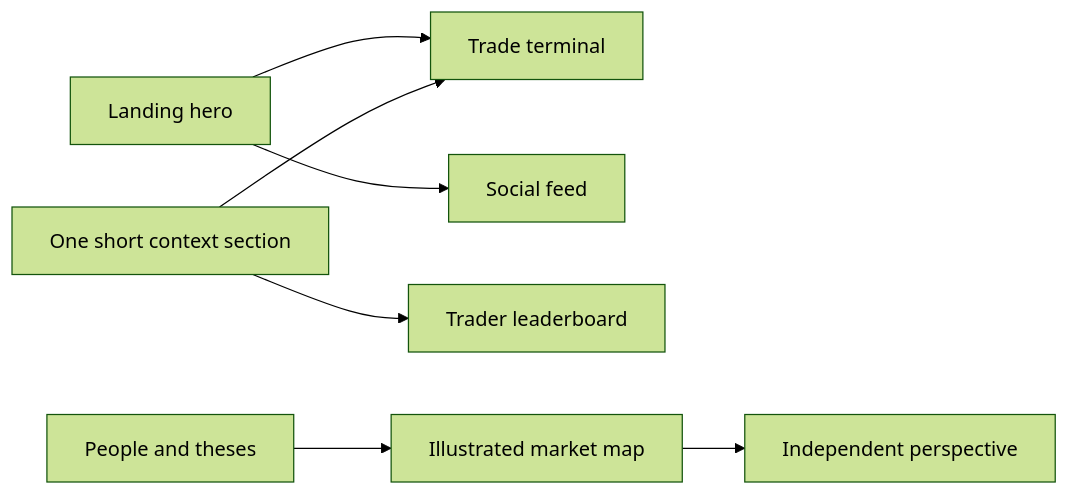
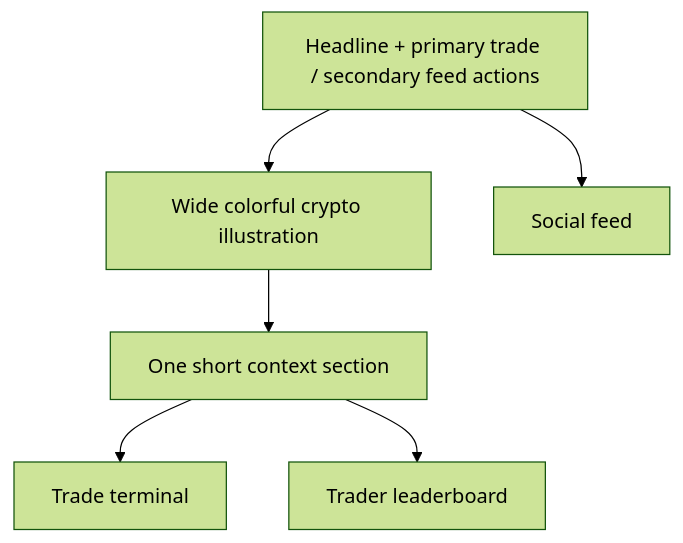
One commit to jog01/agele-web changed the diagram in docs/landing.md. Above: the diagram before and after it, drawn with Mermaid (forest theme). The commit also changed other lines of this file and 7 other files, not shown here.

Commit message:
feat(landing): stack the hero above a colorful crypto scene

````diff
--- a/docs/landing.md
+++ b/docs/landing.md
@@ -12,9 +11,8 @@
 ```mermaid
-flowchart LR
-  H[Landing hero] --> T[Trade terminal]
+flowchart TD
+  H[Headline + primary trade / secondary feed actions] --> I[Wide colorful crypto illustration]
+  I --> S[One short context section]
+  S --> T[Trade terminal]
+  S --> L[Trader leaderboard]
   H --> F[Social feed]
-  S[One short context section] --> T
-  S --> L[Trader leaderboard]
-  P[People and theses] --> I[Illustrated market map]
-  I --> V[Independent perspective]
 ```
````
